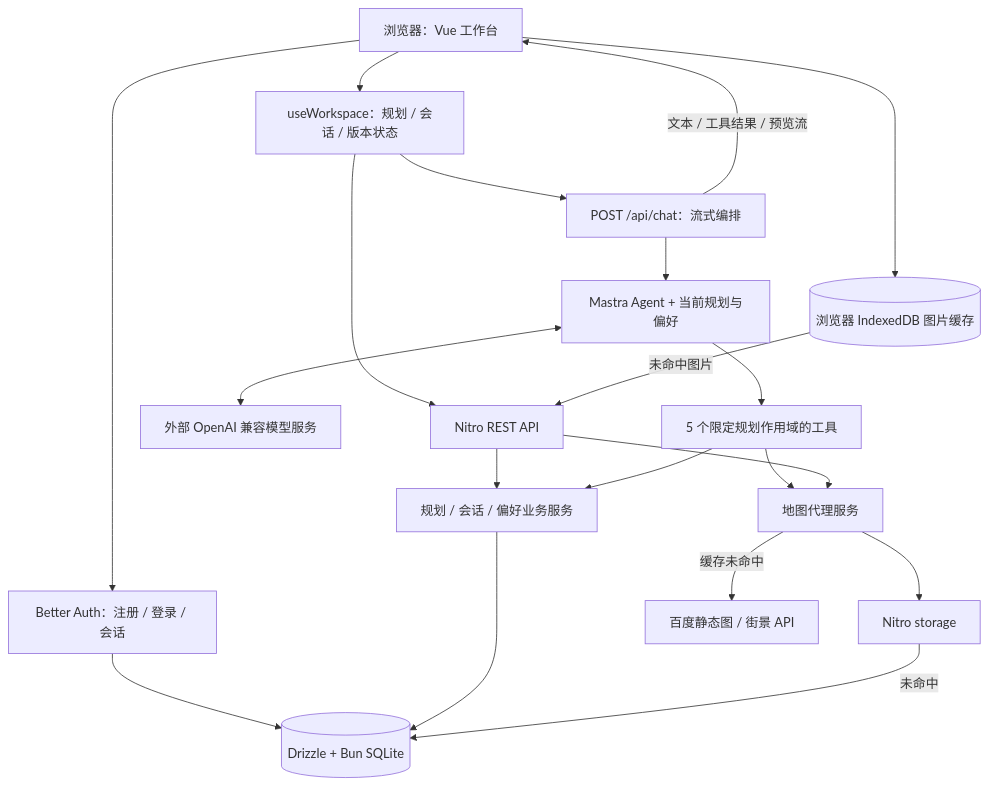
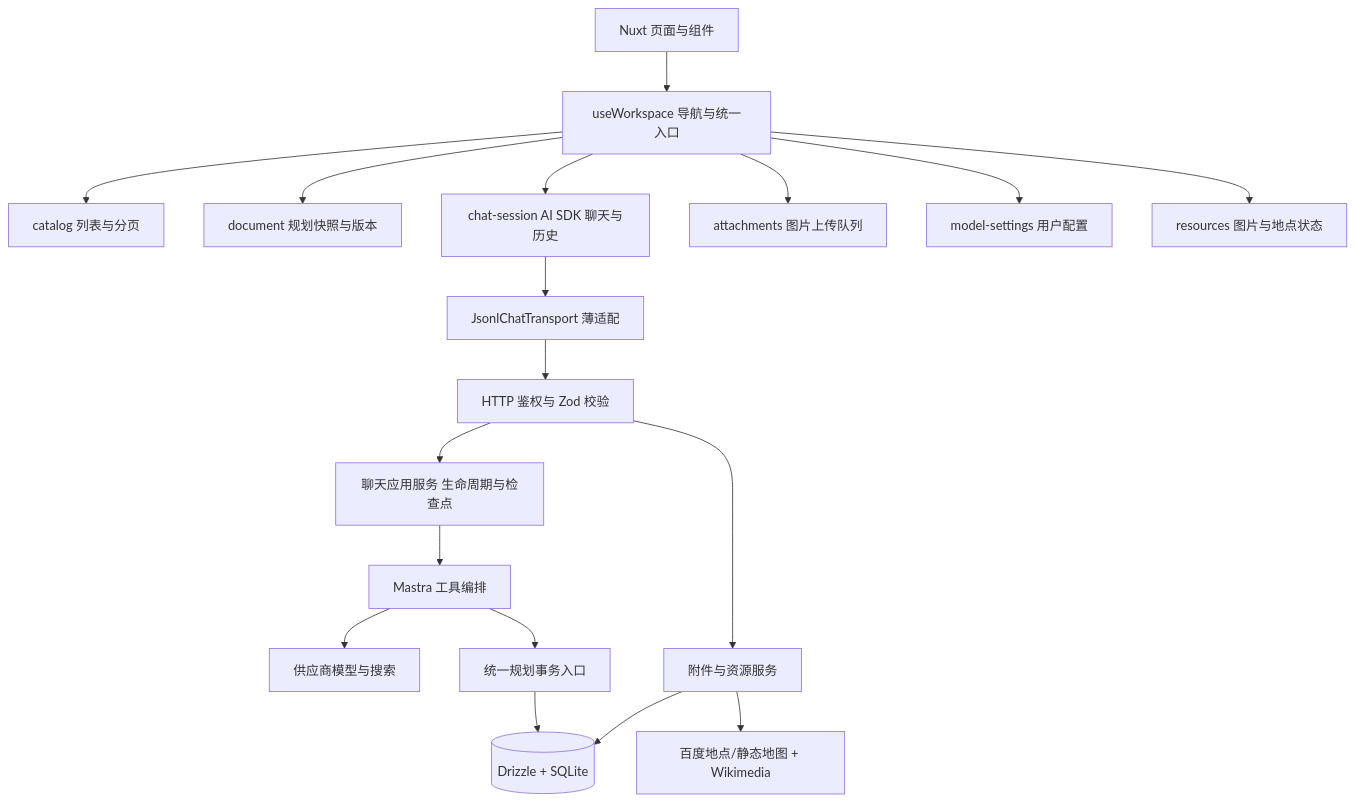
One commit to image1005/moji-xinglv changed the diagram in docs/TECHNICAL_GUIDE.md. Above: the diagram before and after it, drawn with Mermaid. The commit also changed other lines of this file and 9 other files, not shown here.

Commit message:
docs: record architecture delivery migrations and verified product coverage

````diff
--- a/docs/TECHNICAL_GUIDE.md
+++ b/docs/TECHNICAL_GUIDE.md
@@ -43,37 +7,20 @@
 ```mermaid
 flowchart TD
-    Browser[浏览器：Vue 工作台]
-    State[useWorkspace：规划 / 会话 / 版本状态]
-    Auth[Better Auth：注册 / 登录 / 会话]
-    REST[Nitro REST API]
-    Chat[POST /api/chat：流式编排]
-    Agent[Mastra Agent + 当前规划与偏好]
-    Model[外部 OpenAI 兼容模型服务]
-    Tools[5 个限定规划作用域的工具]
-    Services[规划 / 会话 / 偏好业务服务]
-    DB[(Drizzle + Bun SQLite)]
-    IDB[(浏览器 IndexedDB 图片缓存)]
-    Map[地图代理服务]
-    L1[Nitro storage]
-    Baidu[百度静态图 / 街景 API]
-
-    Browser --> State
-    Browser --> Auth
-    State --> REST
-    State --> Chat
-    Auth --> DB
-    REST --> Services
-    Services --> DB
-    Chat --> Agent
-    Agent <--> Model
-    Agent --> Tools
-    Tools --> Services
-    Tools --> Map
-    Browser --> IDB
-    IDB -->|未命中图片| REST
-    REST --> Map
-    Map --> L1
-    L1 -->|未命中| DB
-    Map -->|缓存未命中| Baidu
-    Chat -->|文本 / 工具结果 / 预览流| Browser
+  UI[Nuxt 页面与组件] --> W[useWorkspace 导航与统一入口]
+  W --> C[catalog 列表与分页]
+  W --> D[document 规划快照与版本]
+  W --> S[chat-session AI SDK 聊天与历史]
+  W --> A[attachments 图片上传队列]
+  W --> M[model-settings 用户配置]
+  W --> R[resources 图片与地点状态]
+  S --> T[JsonlChatTransport 薄适配]
+  T --> H[HTTP 鉴权与 Zod 校验]
+  H --> L[聊天应用服务 生命周期与检查点]
+  L --> Agent[Mastra 工具编排]
+  Agent --> P[供应商模型与搜索]
+  Agent --> Writes[统一规划事务入口]
+  H --> Resources[附件与资源服务]
+  Writes --> DB[(Drizzle + SQLite)]
+  Resources --> DB
+  Resources --> Media[百度地点/静态地图 + Wikimedia]
 ```
````
